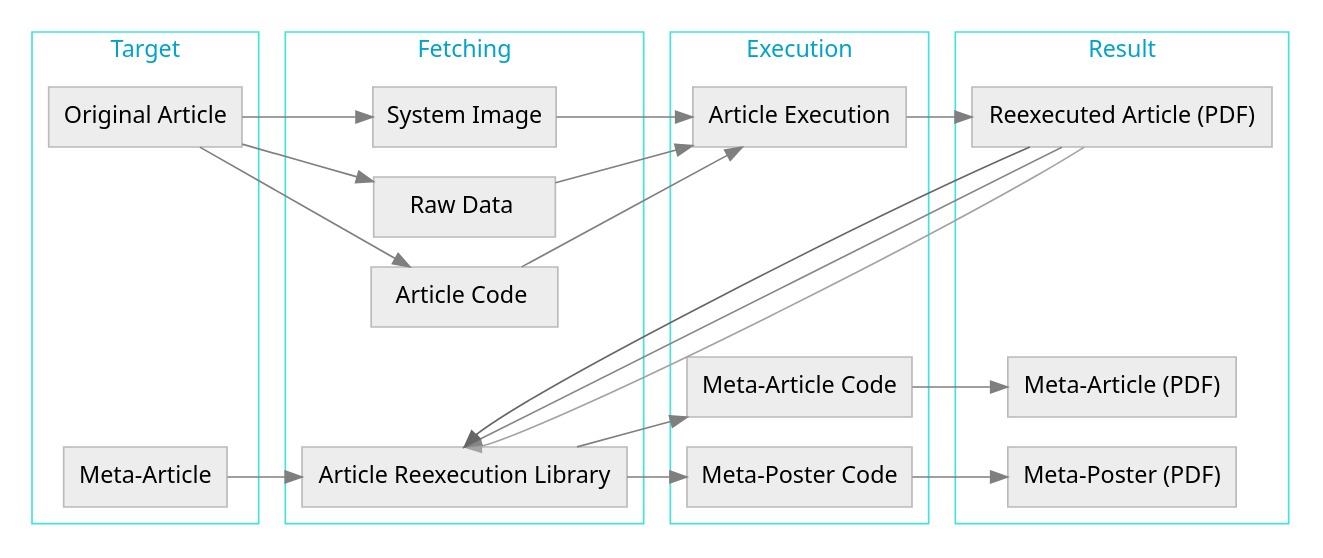
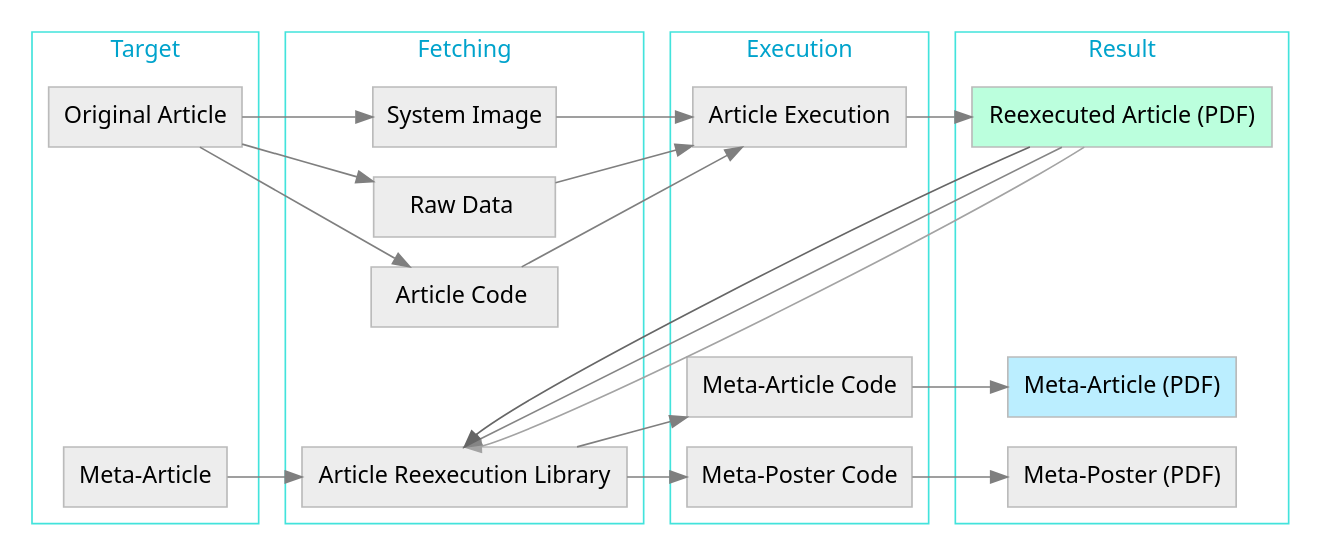
The diagram in publishing/data/workflow.dot (con/opfvta-reexecution), drawn with Graphviz before and after one commit. The commit also changed 1 other file, not shown here.

Commit message:
Updated figure color-coding to be more informative

```diff
--- a/publishing/data/workflow.dot
+++ b/publishing/data/workflow.dot
@@ -1,86 +1,86 @@
 digraph graphname {
     size="14,8";
     graph [fontname = "sans", margin=0, splines=line];
     rankdir="LR";
     node [fontname = "sans", style=filled];
     edge [fontname = "sans", color=gray50];
     subgraph cluster0 {
         margin=10;
         label = "Target";
         fontcolor = "#00a3cc";
         color = "#42e3dc";
 
         oa[label="Original Article", shape=box, color="#BBBBBB", fillcolor=grey93];
         blank00[style=invis];
         blank01[style=invis];
         blank02[style=invis];
         ma[label="Meta-Article", shape=box, color="#BBBBBB", fillcolor=grey93];
         }
         //{rank=same; opf_; Con}
 
     oa -> si;
     blank00 -> rd [style=invis];
     blank01 -> ac [style=invis];
     blank02 -> blank10 [style=invis];
     oa -> rd [constraint=false];
     oa -> ac [constraint=false];
     ma -> ras;
 
     subgraph cluster1 {
         margin=10;
         label = "Fetching";
         fontcolor = "#00a3cc";
         color = "#42e3dc";
 
         si[label="System Image", shape=box, color="#BBBBBB", fillcolor=grey93];
         rd[label="    Raw Data    ", shape=box, color="#BBBBBB", fillcolor=grey93];
         ac[label="  Article Code  ", shape=box, color="#BBBBBB", fillcolor=grey93];
         blank10[style=invis];
         ras[label="Article Reexecution Library", shape=box, color="#BBBBBB", fillcolor=grey93];
         }
 
     si -> ae [weight=9];
     rd -> blank21 [style=invis];
     ac -> mac [style=invis];
     ras -> mpc;
     ac -> blank22[style=invis];
     rd -> ae [constraint=false];
     ac -> ae [constraint=false];
     ras -> mac [constraint=false];
 
     subgraph cluster2 {
         margin=10;
         label = "Execution";
         fontcolor = "#00a3cc";
         color = "#42e3dc";
 
         ae[label="Article Execution", shape=box, color="#BBBBBB", fillcolor=grey93];
         blank21[style=invis];
         blank22[style=invis];
         mac[label="Meta-Article Code", shape=box, color="#BBBBBB", fillcolor=grey93];
         mpc[label="Meta-Poster Code", shape=box, color="#BBBBBB", fillcolor=grey93];
         }
 
     ae -> ra;
     blank21 -> blank30 [style=invis];
     blank22 -> blank31 [style=invis];
     mac -> map [constraint=false];
     mpc -> mpp;
 
     subgraph cluster3 {
         margin=10;
         label = "Result";
         fontcolor = "#00a3cc";
         color = "#42e3dc";
 
-        ra[label="Reexecuted Article (PDF)", shape=box, color="#BBBBBB", fillcolor=grey93];
+        ra[label="Reexecuted Article (PDF)", shape=box, color="#BBBBBB", fillcolor="#bbffdd"];
         blank30[style=invis];
         blank31[style=invis];
-        map[label="Meta-Article (PDF)", shape=box, color="#BBBBBB", fillcolor=grey93];
+        map[label="Meta-Article (PDF)", shape=box, color="#BBBBBB", fillcolor="#bbeeff"];
         mpp[label="Meta-Poster (PDF)", shape=box, color="#BBBBBB", fillcolor=grey93];
         }
     ra -> ras:n [constraint=false, color=grey64];
     ra -> ras:n [constraint=false, color=grey52];
     ra -> ras:n [constraint=false, color=grey40];
 
 }
```
